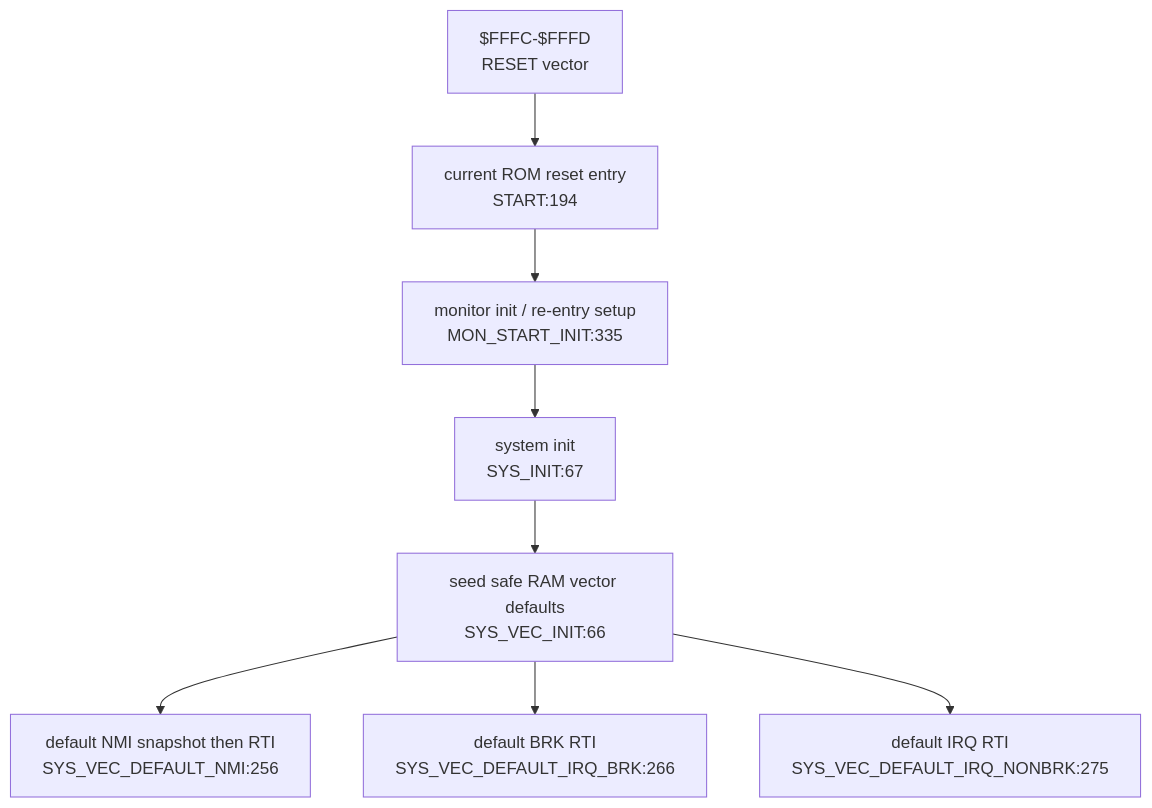
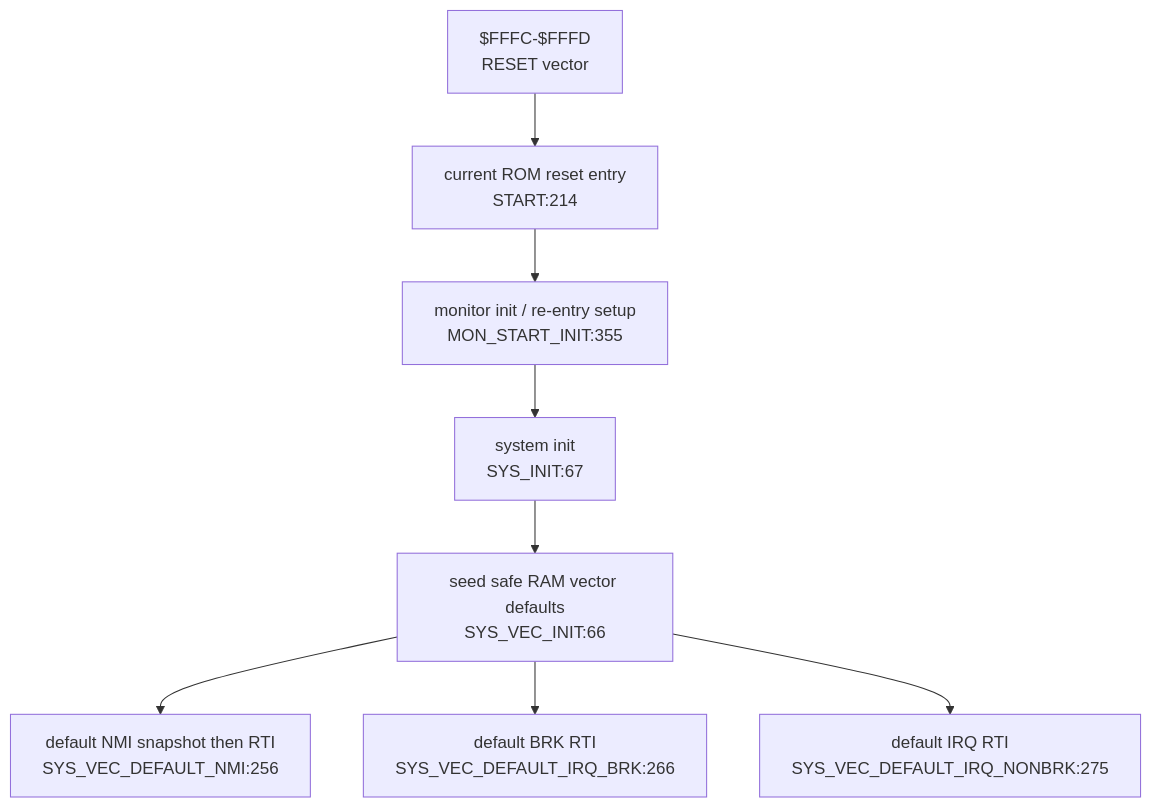
The second of 6 diagrams in DOC/GENERATED/INTERRUPT_VECTOR_MAP.md (95westus/R-YORS), drawn with Mermaid before and after one commit. The commit also changed other lines of this file and 25 other files, not shown here.

````diff
--- a/DOC/GENERATED/INTERRUPT_VECTOR_MAP.md
+++ b/DOC/GENERATED/INTERRUPT_VECTOR_MAP.md
@@ -37,10 +37,10 @@
 ```mermaid
 flowchart TD
-    RESETV["$FFFC-$FFFD<br/>RESET vector"] --> STARTN["current ROM reset entry<br/>START:194"]
-    STARTN --> INIT["monitor init / re-entry setup<br/>MON_START_INIT:335"]
+    RESETV["$FFFC-$FFFD<br/>RESET vector"] --> STARTN["current ROM reset entry<br/>START:214"]
+    STARTN --> INIT["monitor init / re-entry setup<br/>MON_START_INIT:355"]
     INIT --> SYSINIT["system init<br/>SYS_INIT:67"]
     SYSINIT --> VECINIT["seed safe RAM vector defaults<br/>SYS_VEC_INIT:66"]
     VECINIT --> DEFNMI["default NMI snapshot then RTI<br/>SYS_VEC_DEFAULT_NMI:256"]
     VECINIT --> DEFBRK["default BRK RTI<br/>SYS_VEC_DEFAULT_IRQ_BRK:266"]
     VECINIT --> DEFIRQ["default IRQ RTI<br/>SYS_VEC_DEFAULT_IRQ_NONBRK:275"]
 ```
````
